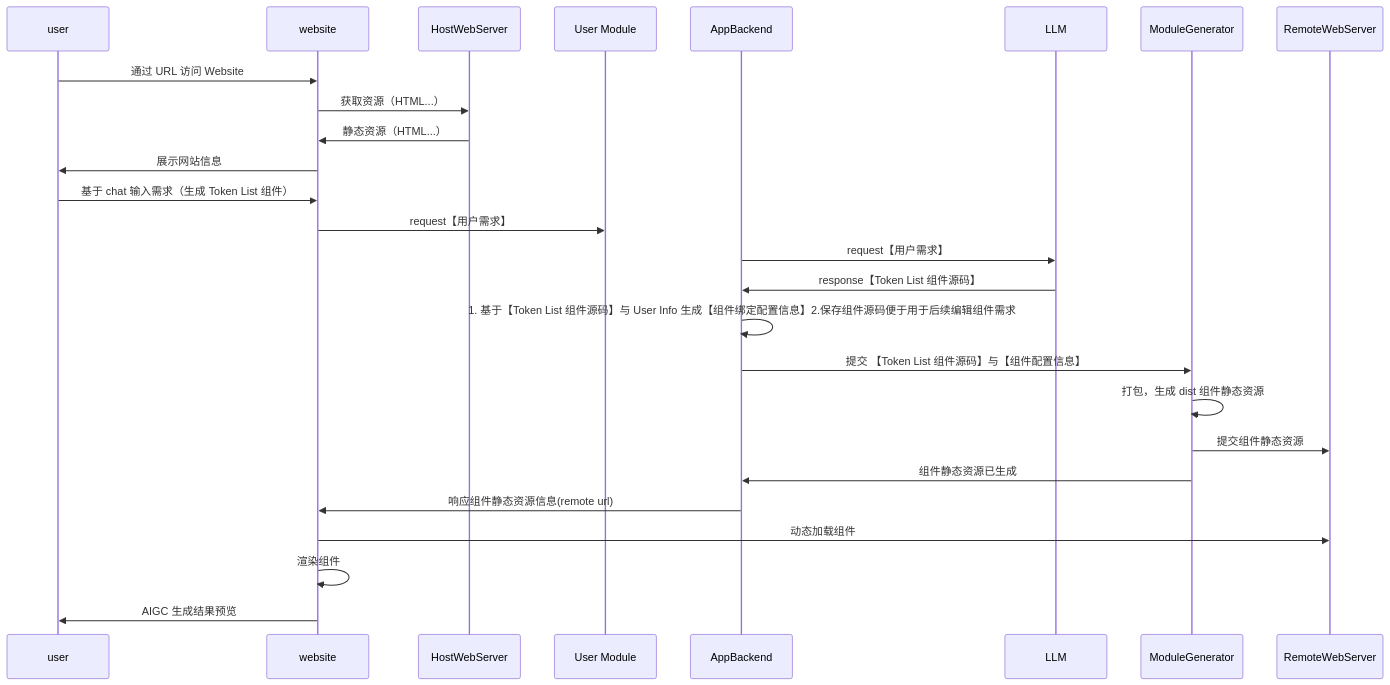
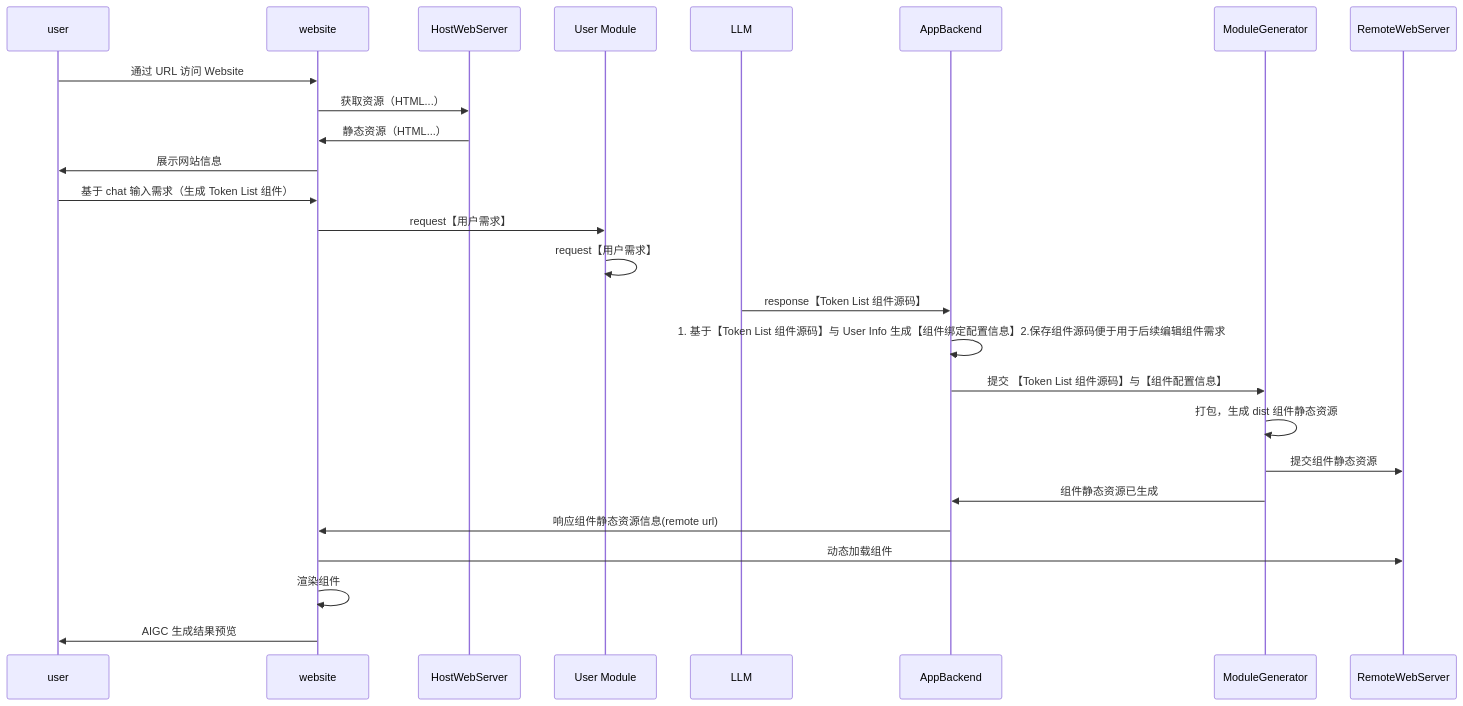
Before and after one commit to yingjianzh/iodraw-files: the diagram in all/未命名-7.md, drawn with Mermaid.

Commit message:
2024-10-08 15:31:16 update

````diff
--- a/all/未命名-7.md
+++ b/all/未命名-7.md
@@ -1,21 +1,20 @@
 ```mermaid
 sequenceDiagram
-
     user ->> website: 通过 URL 访问 Website
 	website ->> HostWebServer: 获取资源（HTML...）
 	HostWebServer ->> website: 静态资源（HTML...）
 	website ->> user: 展示网站信息
 	user ->> website: 基于 chat 输入需求（生成 Token List 组件）
 	website ->> User Module: request【用户需求】
-	AppBackend ->> LLM: request【用户需求】
+	User Module ->> User Module: request【用户需求】
 	LLM ->> AppBackend: response【Token List 组件源码】
 	AppBackend ->> AppBackend: 1. 基于【Token List 组件源码】与 User Info 生成【组件绑定配置信息】2.保存组件源码便于用于后续编辑组件需求
 	AppBackend ->> ModuleGenerator: 提交 【Token List 组件源码】与【组件配置信息】
 	ModuleGenerator ->> ModuleGenerator: 打包，生成 dist 组件静态资源
 	ModuleGenerator ->> RemoteWebServer: 提交组件静态资源
 	ModuleGenerator ->> AppBackend: 组件静态资源已生成
 	AppBackend ->> website: 响应组件静态资源信息(remote url)
 	website ->> RemoteWebServer: 动态加载组件
 	website ->> website: 渲染组件
 	website ->> user: AIGC 生成结果预览
 ```
````
